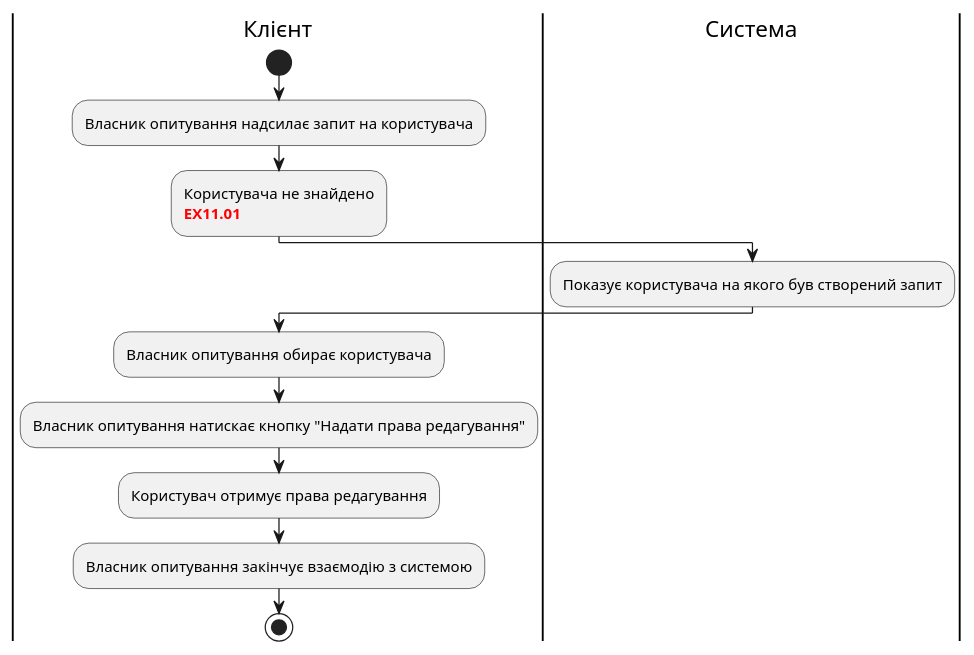
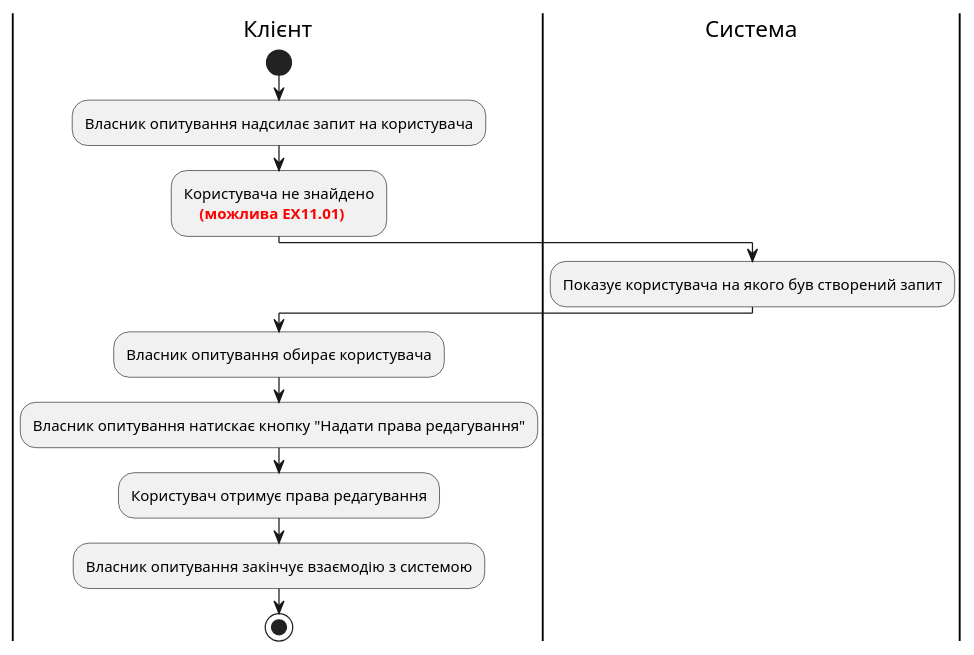
Diagram 15 of 16 in docs/use cases/README.md (edu-db/edu_db_labs), drawn with PlantUML before and after one commit. The commit also changed other lines of this file, not shown here.

```diff
--- a/docs/use cases/README.md
+++ b/docs/use cases/README.md
@@ -505,20 +470,19 @@
 @startuml
 
 |Клієнт|
 start;
 :Власник опитування надсилає запит на користувача;
-:Користувача не знайдено
-<font color="red"><b>ЕХ11.01;
+:Користувача не знайдено\n    <font color="red"><b>(можлива ЕХ11.01);
 
 |Система|
 :Показує користувача на якого був створений запит;
 
 |Клієнт|
 :Власник опитування обирає користувача;
 :Власник опитування натискає кнопку "Надати права редагування";
 :Користувач отримує права редагування;
 :Власник опитування закінчує взаємодію з системою;
 
 stop;
 
 @enduml
```
